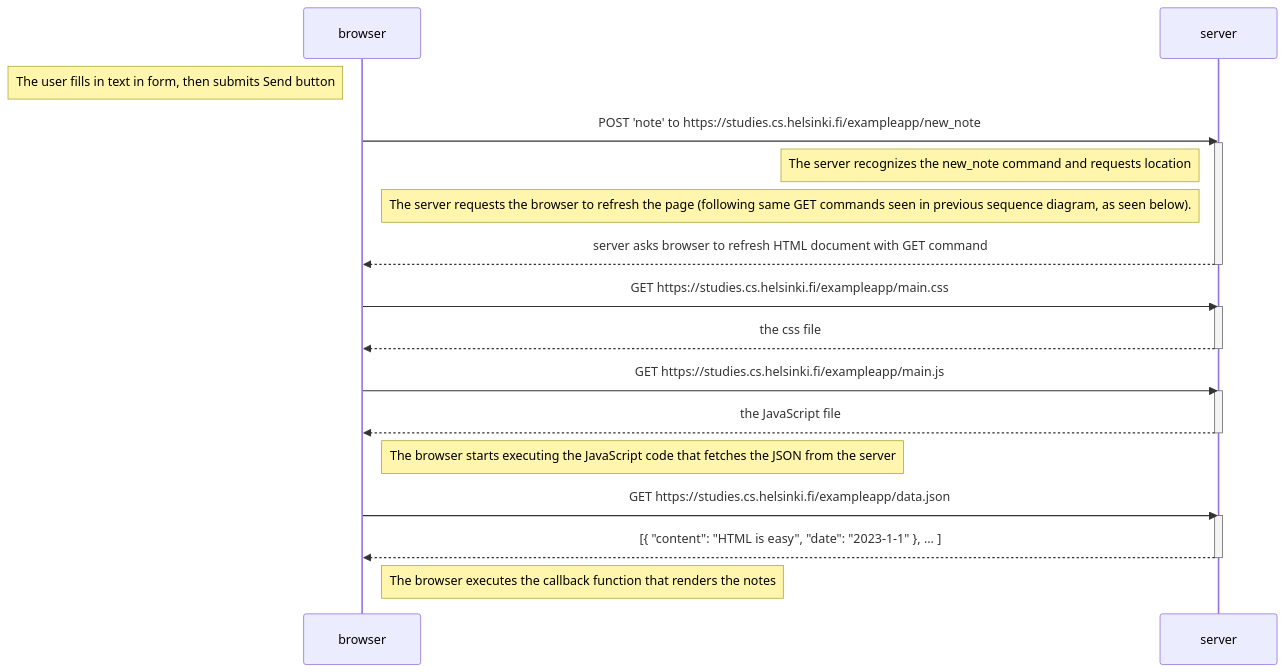
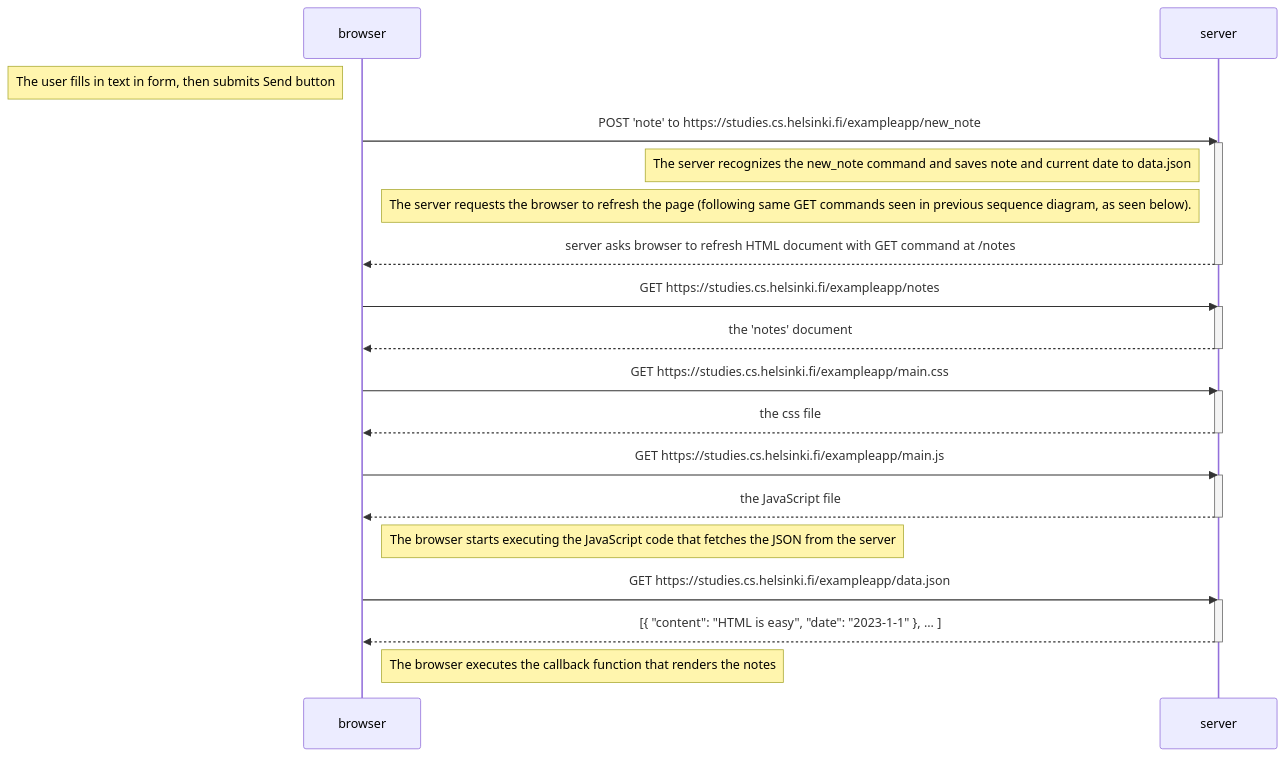
The first of 3 diagrams in part0/0.4 New note diagram.md (hobranan/fullstackopen_UHelsinki), drawn with Mermaid before and after one commit.

````diff
--- a/part0/0.4 New note diagram.md
+++ b/part0/0.4 New note diagram.md
@@ -1,33 +1,38 @@
 ```mermaid
 sequenceDiagram
     participant browser
     participant server
 
     Note left of browser: The user fills in text in form, then submits Send button
     browser->>server: POST 'note' to https://studies.cs.helsinki.fi/exampleapp/new_note
     activate server
-    Note left of server: The server recognizes the new_note command and requests location
+    Note left of server: The server recognizes the new_note command and saves note and current date to data.json
     Note left of server: The server requests the browser to refresh the page (following same GET commands seen in previous sequence diagram, as seen below).
 
-    server-->>browser: server asks browser to refresh HTML document with GET command
+    server-->>browser: server asks browser to refresh HTML document with GET command at /notes
+    deactivate server
+
+    browser->>server: GET https://studies.cs.helsinki.fi/exampleapp/notes
+    activate server
+    server-->>browser: the 'notes' document
     deactivate server
 
     browser->>server: GET https://studies.cs.helsinki.fi/exampleapp/main.css
     activate server
     server-->>browser: the css file
     deactivate server
 
     browser->>server: GET https://studies.cs.helsinki.fi/exampleapp/main.js
     activate server
     server-->>browser: the JavaScript file
     deactivate server
 
     Note right of browser: The browser starts executing the JavaScript code that fetches the JSON from the server
 
     browser->>server: GET https://studies.cs.helsinki.fi/exampleapp/data.json
     activate server
     server-->>browser: [{ "content": "HTML is easy", "date": "2023-1-1" }, ... ]
     deactivate server
 
     Note right of browser: The browser executes the callback function that renders the notes
 ```
````
